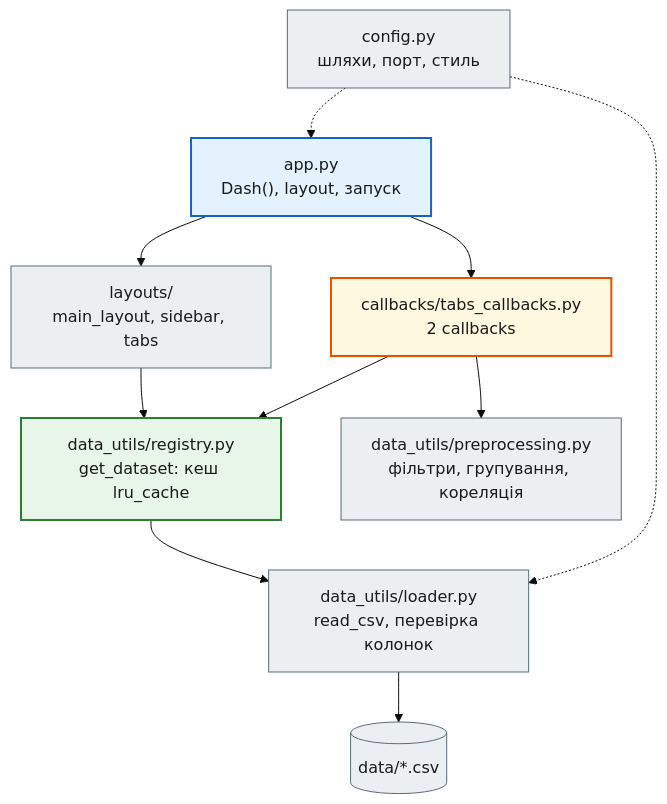
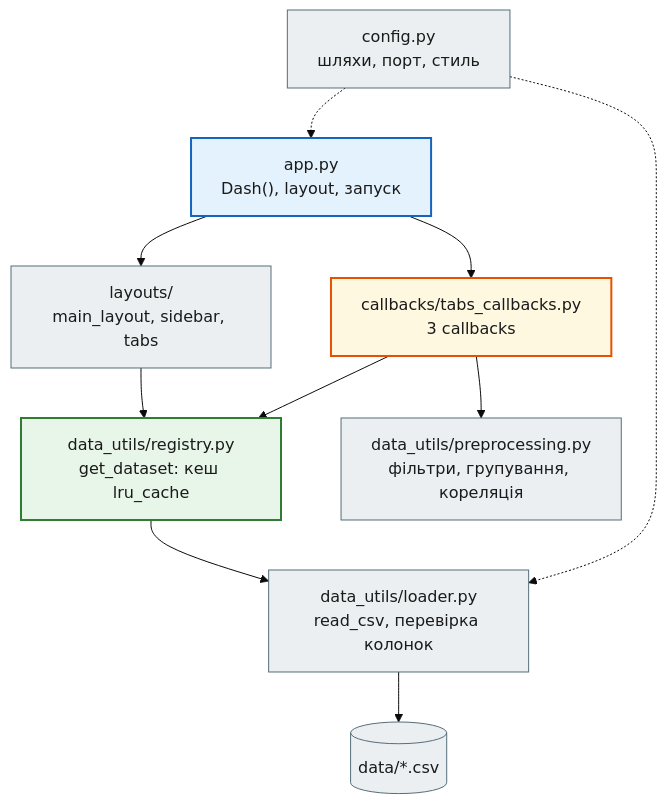
The fourth of 5 diagrams in docs/modules/m3/bonus_pandas.md (AlinaRadchenko/PY-Course-Victor-Nikoriak-22-09-2026), drawn with Mermaid (base theme) before and after one commit. The commit also changed other lines of this file and 9 other files, not shown here.

````diff
--- a/docs/modules/m3/bonus_pandas.md
+++ b/docs/modules/m3/bonus_pandas.md
@@ -365,25 +479,25 @@
 ```mermaid
 flowchart TD
     classDef step     fill:#eceff1,stroke:#546e7a,stroke-width:1px,color:#1a1a1a;
     classDef decision fill:#e3f2fd,stroke:#1565c0,stroke-width:2px,color:#1a1a1a;
     classDef success  fill:#e8f5e9,stroke:#2e7d32,stroke-width:2px,color:#1a1a1a;
     classDef error    fill:#ffebee,stroke:#c62828,stroke-width:3px,color:#1a1a1a;
     classDef warning  fill:#fff8e1,stroke:#e65100,stroke-width:2px,color:#1a1a1a;
 
     APP["app.py<br>Dash(), layout, запуск"] --> LAY["layouts/<br>main_layout, sidebar, tabs"]
-    APP --> CB["callbacks/tabs_callbacks.py<br>2 callbacks"]
+    APP --> CB["callbacks/tabs_callbacks.py<br>3 callbacks"]
     CB --> REG["data_utils/registry.py<br>get_dataset: кеш lru_cache"]
     LAY --> REG
     REG --> LOAD["data_utils/loader.py<br>read_csv, перевірка колонок"]
     CB --> PRE["data_utils/preprocessing.py<br>фільтри, групування, кореляція"]
     LOAD --> DATA[("data/*.csv")]
     CFG["config.py<br>шляхи, порт, стиль"] -.-> APP
     CFG -.-> LOAD
 
     class APP decision
     class LAY,LOAD,PRE step
     class CB warning
     class REG success
     class DATA step
     class CFG step
 ```
````
